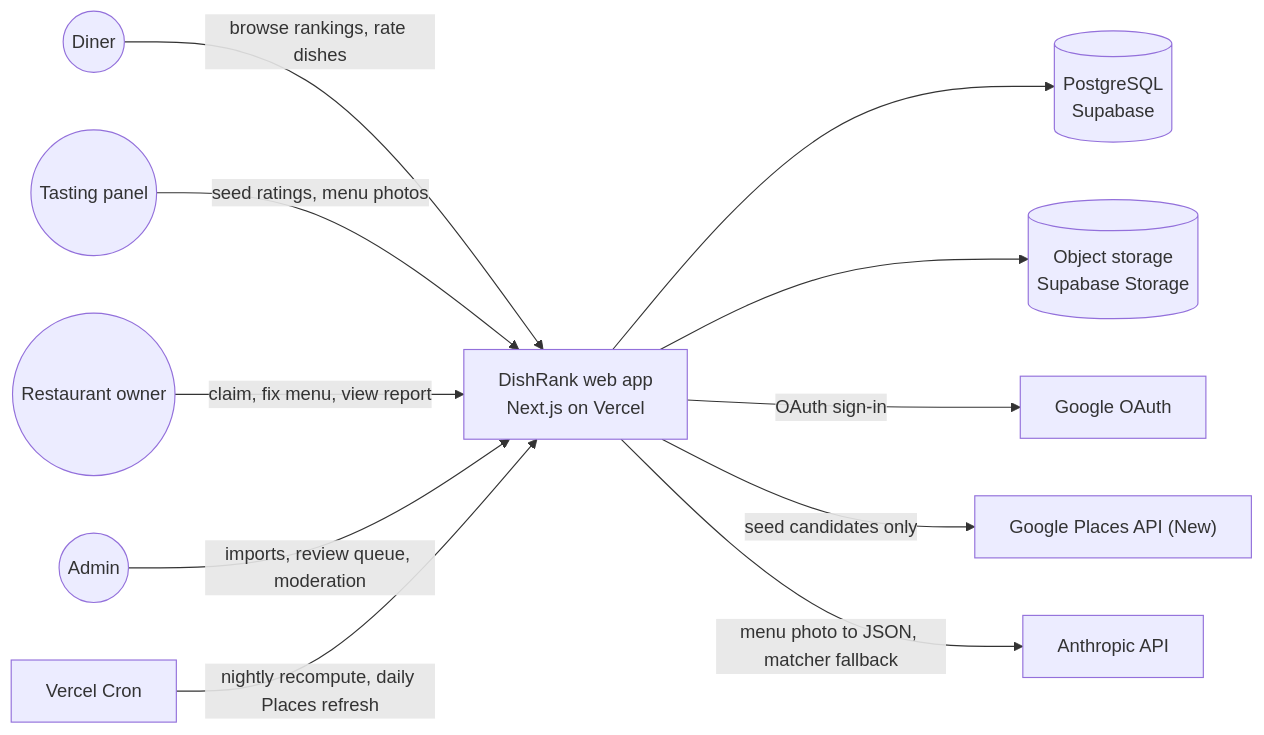
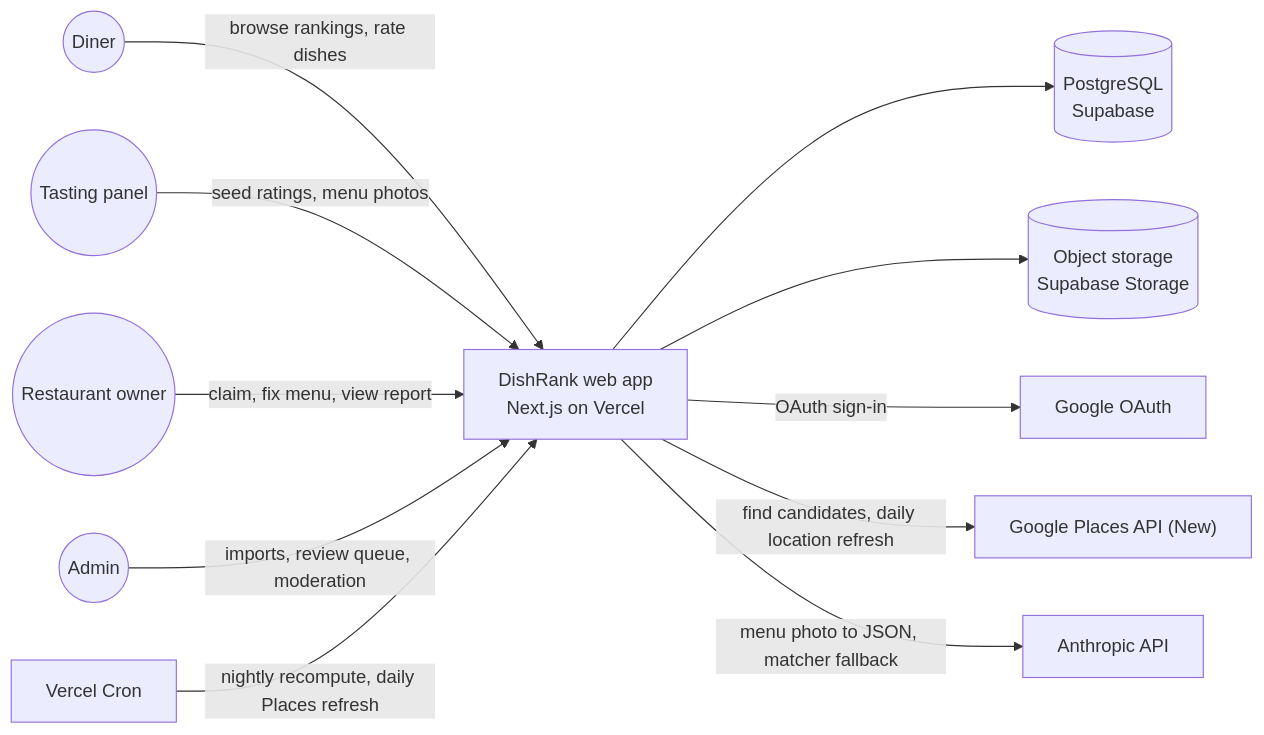
One commit to JawadSarfraz/dishrank changed the first of 8 diagrams in docs/02-ARCHITECTURE.md. Above: the diagram before and after it, drawn with Mermaid. The commit also changed other lines of this file and 12 other files, not shown here.

````diff
--- a/docs/02-ARCHITECTURE.md
+++ b/docs/02-ARCHITECTURE.md
@@ -15,13 +15,13 @@
 ```mermaid
 flowchart LR
   Diner((Diner)) -->|browse rankings, rate dishes| App["DishRank web app<br/>Next.js on Vercel"]
   Panel((Tasting panel)) -->|seed ratings, menu photos| App
   Owner((Restaurant owner)) -->|claim, fix menu, view report| App
   Admin((Admin)) -->|imports, review queue, moderation| App
   App --> DB[("PostgreSQL<br/>Supabase")]
   App --> Store[("Object storage<br/>Supabase Storage")]
   App -->|OAuth sign-in| GAuth["Google OAuth"]
-  App -->|seed candidates only| Places["Google Places API (New)"]
+  App -->|find candidates, daily location refresh| Places["Google Places API (New)"]
   App -->|menu photo to JSON, matcher fallback| LLM["Anthropic API"]
   Cron["Vercel Cron"] -->|nightly recompute, daily Places refresh| App
 ```
````
